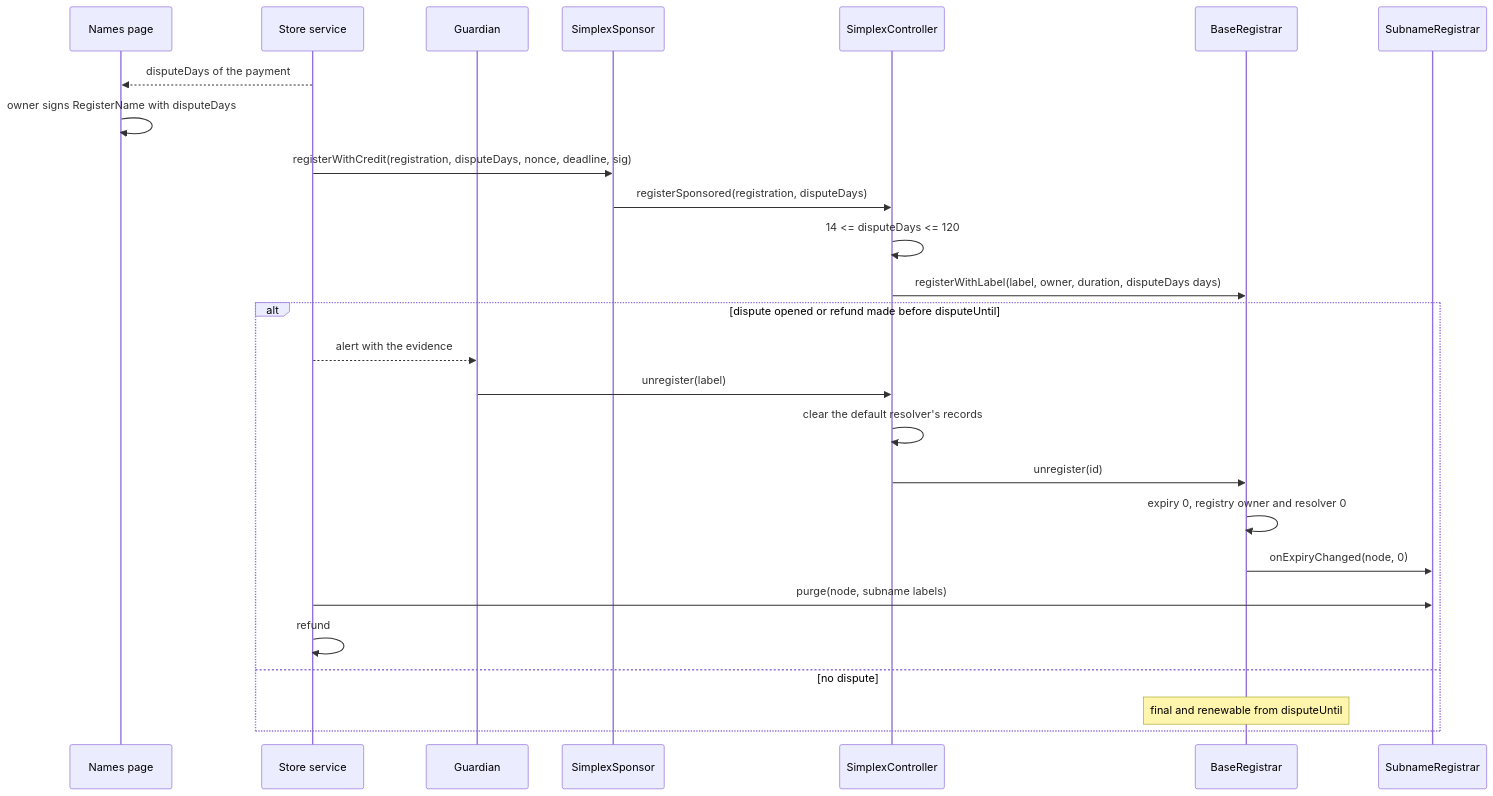
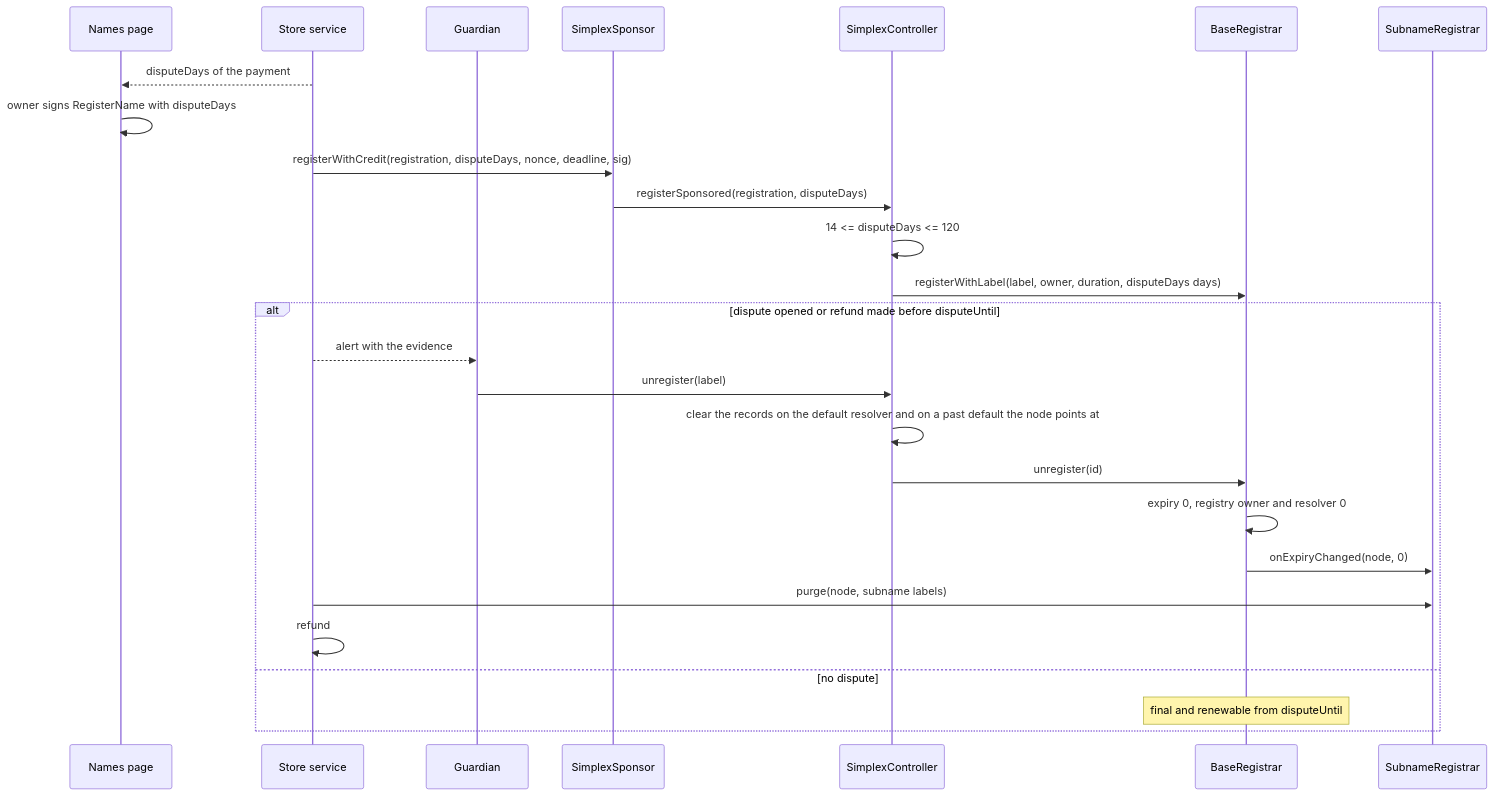
Before and after one commit to brenzi/simplex-namespace-contract: the second of 3 diagrams in docs/plans/dispute-period.md, drawn with Mermaid. The commit also changed other lines of this file and 4 other files, not shown here.

Commit message:
docs: dispute period after review round 2: renewal refusal in the registrar, default resolver cleared, guide and architecture

````diff
--- a/docs/plans/dispute-period.md
+++ b/docs/plans/dispute-period.md
@@ -93,28 +94,28 @@
 ```mermaid
 sequenceDiagram
   participant P as Names page
   participant S as Store service
   participant G as Guardian
   participant Sp as SimplexSponsor
   participant C as SimplexController
   participant R as BaseRegistrar
   participant N as SubnameRegistrar
   S-->>P: disputeDays of the payment
   P->>P: owner signs RegisterName with disputeDays
   S->>Sp: registerWithCredit(registration, disputeDays, nonce, deadline, sig)
   Sp->>C: registerSponsored(registration, disputeDays)
   C->>C: 14 <= disputeDays <= 120
   C->>R: registerWithLabel(label, owner, duration, disputeDays days)
   alt dispute opened or refund made before disputeUntil
     S-->>G: alert with the evidence
     G->>C: unregister(label)
-    C->>C: clear the default resolver's records
+    C->>C: clear the records on the default resolver and on a past default the node points at
     C->>R: unregister(id)
     R->>R: expiry 0, registry owner and resolver 0
     R->>N: onExpiryChanged(node, 0)
     S->>N: purge(node, subname labels)
     S->>S: refund
   else no dispute
     Note over R: final and renewable from disputeUntil
   end
 ```
````
